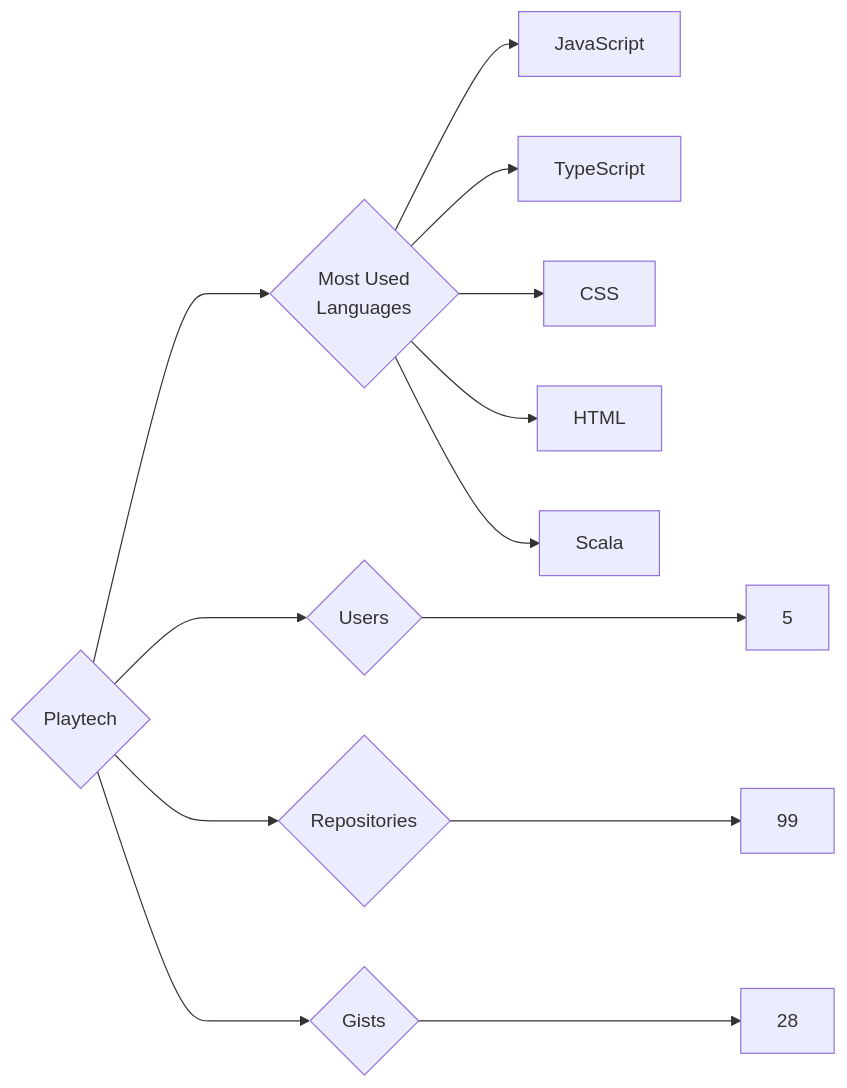
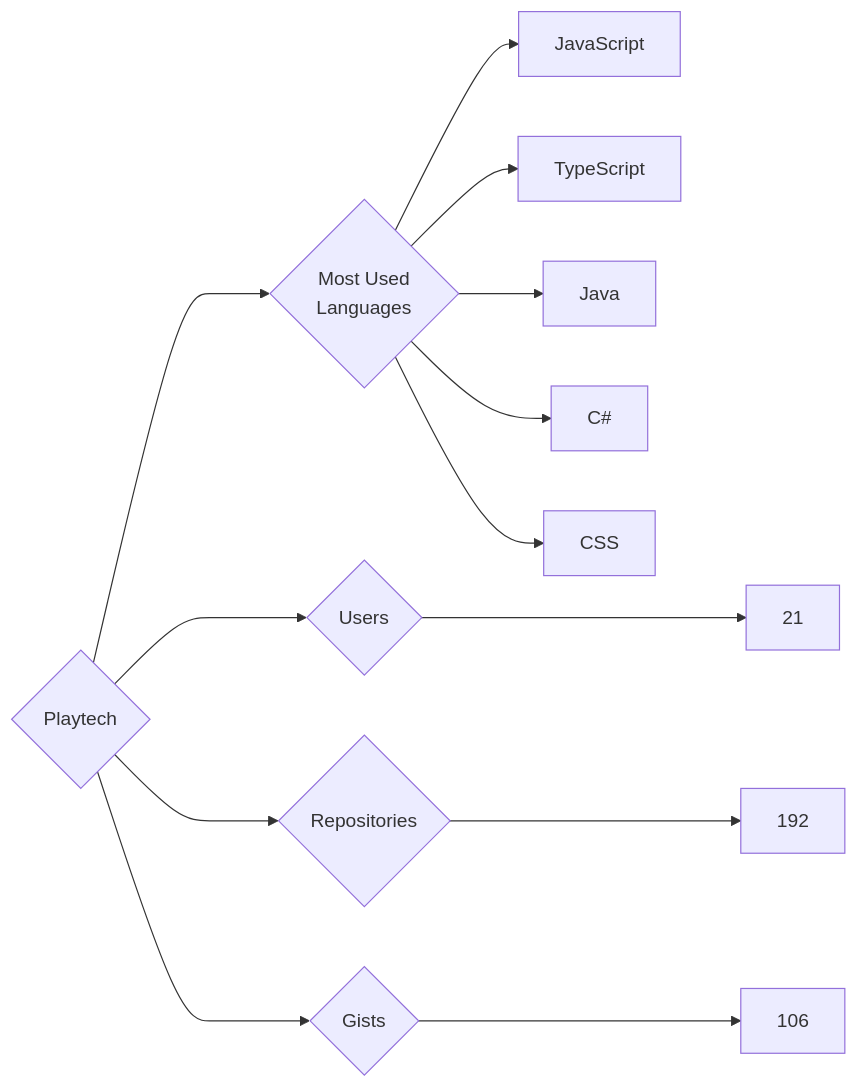
One commit to trickest/insiders changed the diagram in targets/Playtech/README.md. Above: the diagram before and after it, drawn with Mermaid. The commit also changed 814 other files, not shown here.

````diff
--- a/targets/Playtech/README.md
+++ b/targets/Playtech/README.md
@@ -3,13 +3,13 @@
 ```mermaid
 graph LR
 COMPANY_NAME{Playtech}
-COMPANY_NAME ---> U{Users} ---> UN[5]
-COMPANY_NAME ---> R{Repositories} ---> RN[99]
-COMPANY_NAME ---> G{Gists} ---> GN[28]
+COMPANY_NAME ---> U{Users} ---> UN[21]
+COMPANY_NAME ---> R{Repositories} ---> RN[192]
+COMPANY_NAME ---> G{Gists} ---> GN[106]
 COMPANY_NAME ---> ML{Most Used<br>Languages}
 ML --> JavaScript[JavaScript]
 ML --> TypeScript[TypeScript]
+ML --> Java[Java]
+ML --> C#[C#]
 ML --> CSS[CSS]
-ML --> HTML[HTML]
-ML --> Scala[Scala]
 ```
````
